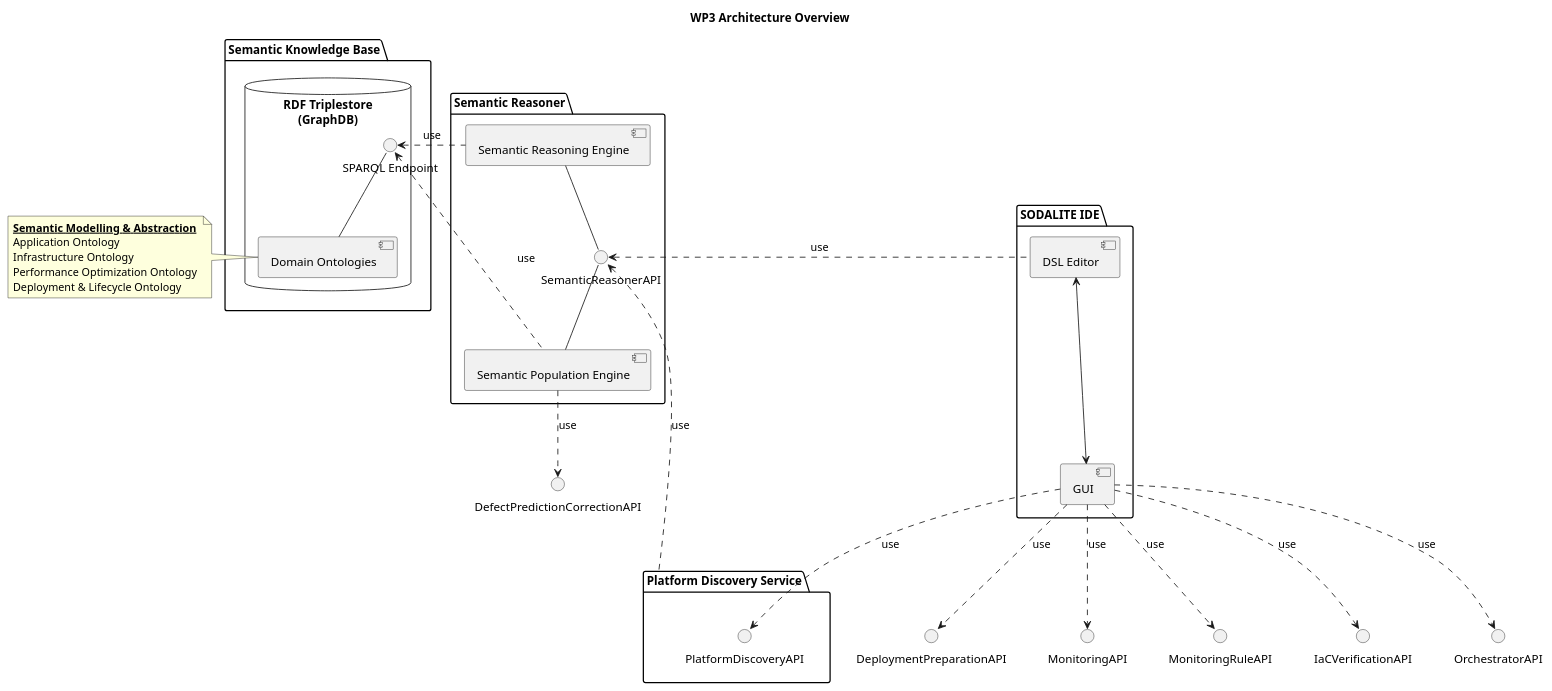
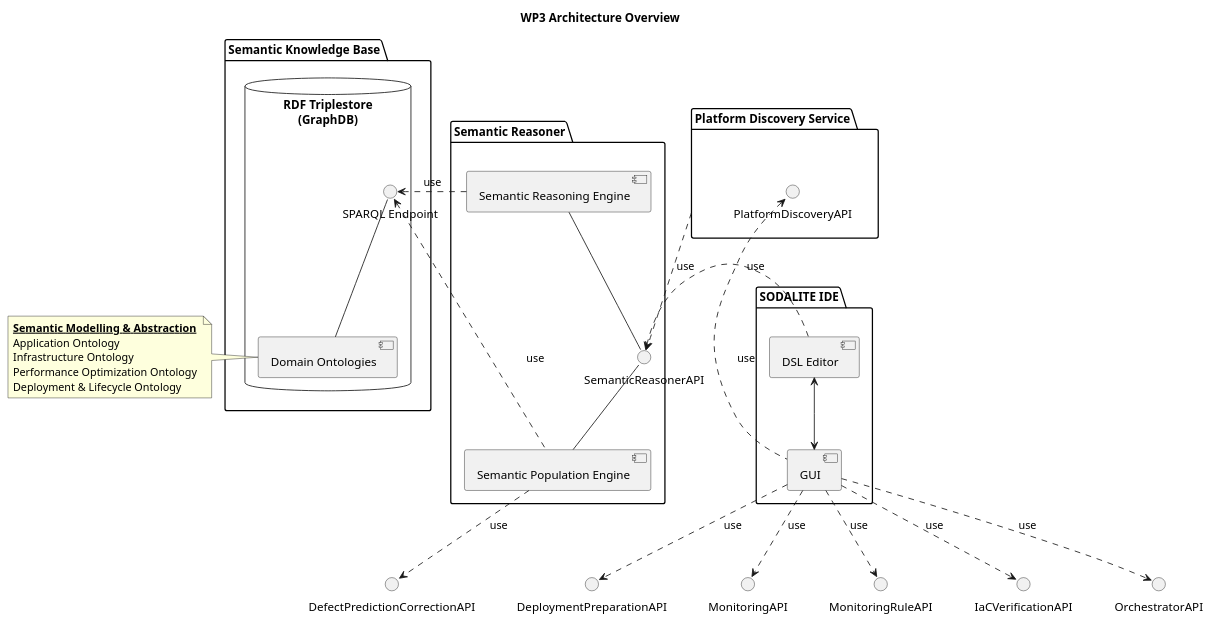
One commit to SODALITE-EU/project-wide-documentation changed the diagram in uml/component-diagrams/CD-WP3-ArchitectureOverview.puml. Above: the diagram before and after it, drawn with PlantUML.

Commit message:
Reformatting the relations

```diff
--- a/uml/component-diagrams/CD-WP3-ArchitectureOverview.puml
+++ b/uml/component-diagrams/CD-WP3-ArchitectureOverview.puml
@@ -1,58 +1,59 @@
 @startuml
 
 title WP3 Architecture Overview
 
 interface "DeploymentPreparationAPI" as deploymentPreparationAPI
 interface "DefectPredictionCorrectionAPI" as correctionAPI
 interface "MonitoringAPI" as monitoringAPI
 interface "MonitoringRuleAPI" as monitoringRuleAPI
 interface "IaCVerificationAPI" as iacverificationAPI
 interface "OrchestratorAPI" as orchestratorAPI
 
 package "Platform Discovery Service" as PDS {
     interface "PlatformDiscoveryAPI" as PDSAPI
 }
 
 package "SODALITE IDE" as IDE {
     component [DSL Editor] as ideDSLeditor
     component [GUI] as ideGUI
 }
 
 package "Semantic Reasoner" as res {
     interface "SemanticReasonerAPI" as resAPI
     component [Semantic Population Engine] as resPopulationEngine
     component [Semantic Reasoning Engine] as resReasoningEngine
 }
 
 package "Semantic Knowledge Base" as repo {
     database "RDF Triplestore\n(GraphDB)" as triplestore {
         interface "SPARQL Endpoint" as repoEndpoint
         component [Domain Ontologies] as repoOntologies
     }
 }
 
 note left of repoOntologies
    __**Semantic Modelling & Abstraction**__ 
    Application Ontology
    Infrastructure Ontology
    Performance Optimization Ontology
    Deployment & Lifecycle Ontology
 end note
 
+ideGUI .up.> PDSAPI : use
+PDS .down.> resAPI : use
 resAPI -down- resPopulationEngine
 resAPI -up- resReasoningEngine
 ideDSLeditor .left.> resAPI: use
-ideDSLeditor <-down--> ideGUI
+ideDSLeditor <-down-> ideGUI
 repoOntologies -up- repoEndpoint
 resPopulationEngine .left.> repoEndpoint: use
 resReasoningEngine .left.> repoEndpoint: use
 resPopulationEngine ..> correctionAPI: use
 ideGUI ..> deploymentPreparationAPI : use
 ideGUI ..> monitoringAPI : use
 ideGUI ..> monitoringRuleAPI : use
 ideGUI ..> iacverificationAPI : use
 ideGUI ..> orchestratorAPI : use
-ideGUI ..> PDSAPI : use
-PDS .up.> resAPI:use
+
 
 @enduml
```
